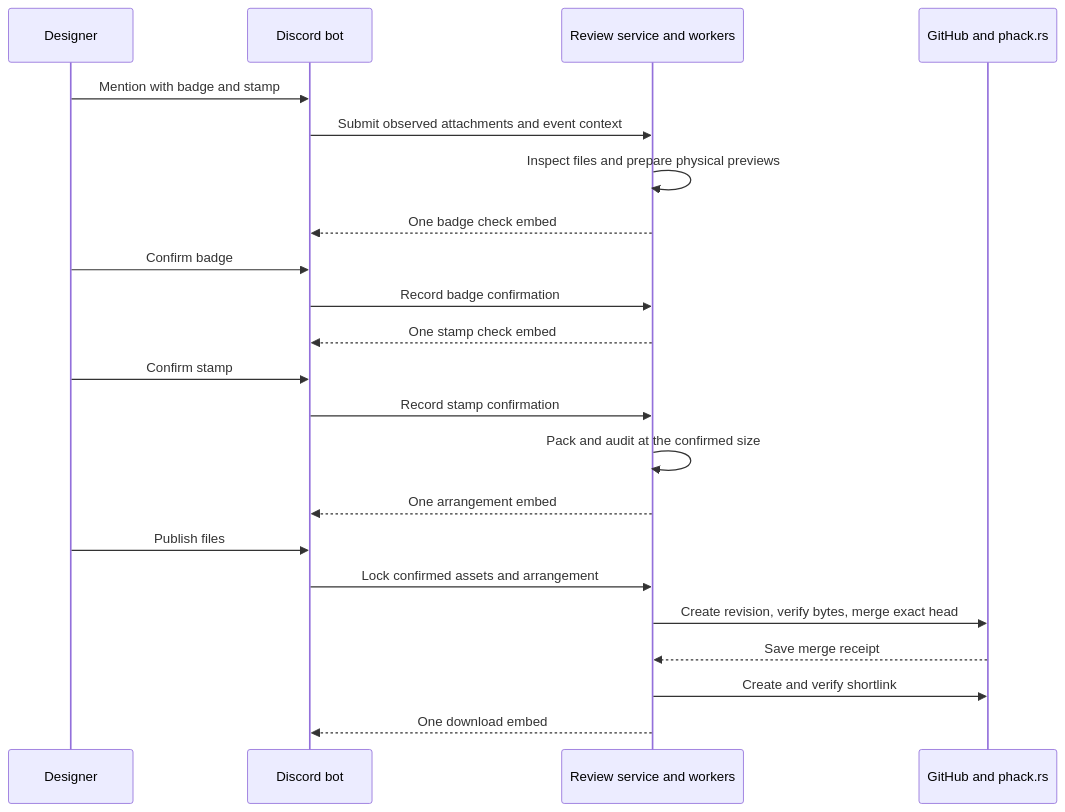
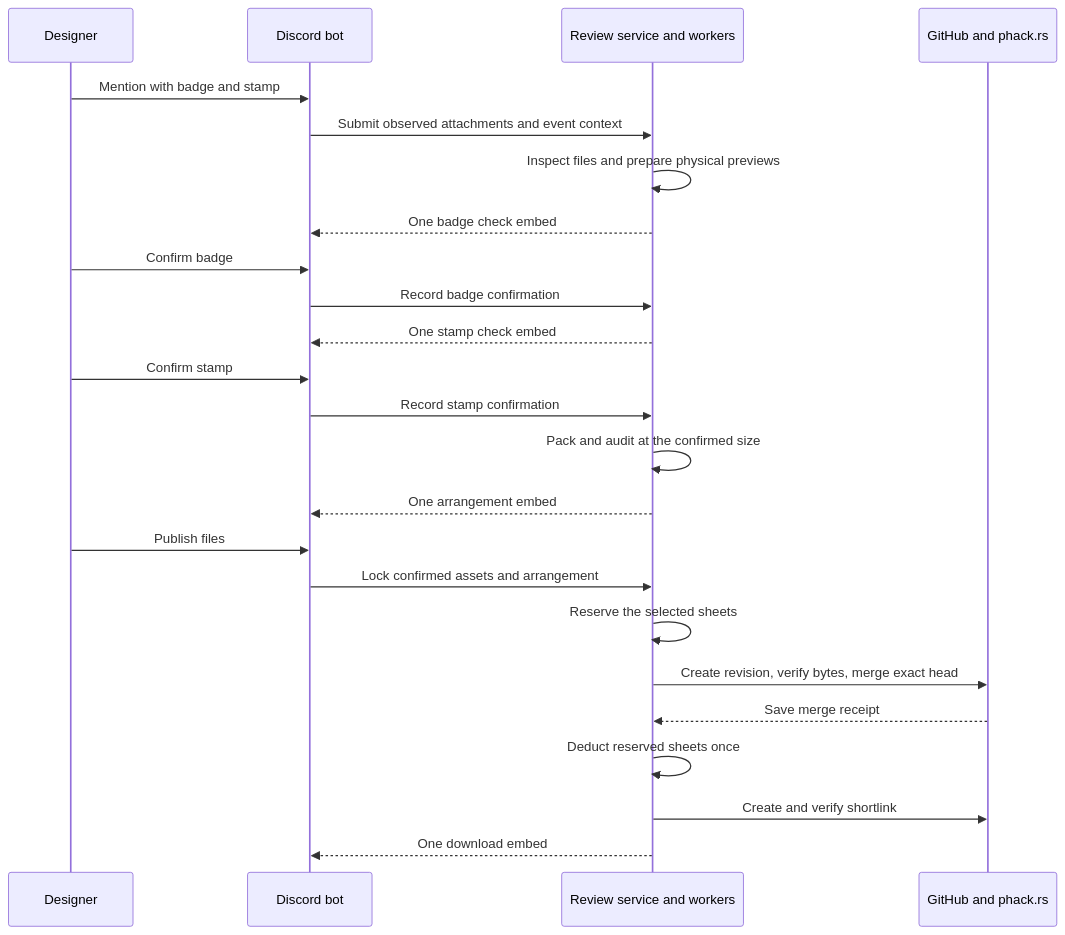
Before and after one commit to purduehackers/wack-hacker: the second of 2 diagrams in docs/badge-review.md, drawn with Mermaid. The commit also changed other lines of this file and 29 other files, not shown here.

````diff
--- a/docs/badge-review.md
+++ b/docs/badge-review.md
@@ -99,24 +106,26 @@
 ```mermaid
 sequenceDiagram
   participant D as Designer
   participant B as Discord bot
   participant S as Review service and workers
   participant G as GitHub and phack.rs
   D->>B: Mention with badge and stamp
   B->>S: Submit observed attachments and event context
   S->>S: Inspect files and prepare physical previews
   S-->>B: One badge check embed
   D->>B: Confirm badge
   B->>S: Record badge confirmation
   S-->>B: One stamp check embed
   D->>B: Confirm stamp
   B->>S: Record stamp confirmation
   S->>S: Pack and audit at the confirmed size
   S-->>B: One arrangement embed
   D->>B: Publish files
   B->>S: Lock confirmed assets and arrangement
+  S->>S: Reserve the selected sheets
   S->>G: Create revision, verify bytes, merge exact head
   G-->>S: Save merge receipt
+  S->>S: Deduct reserved sheets once
   S->>G: Create and verify shortlink
   S-->>B: One download embed
 ```
````
